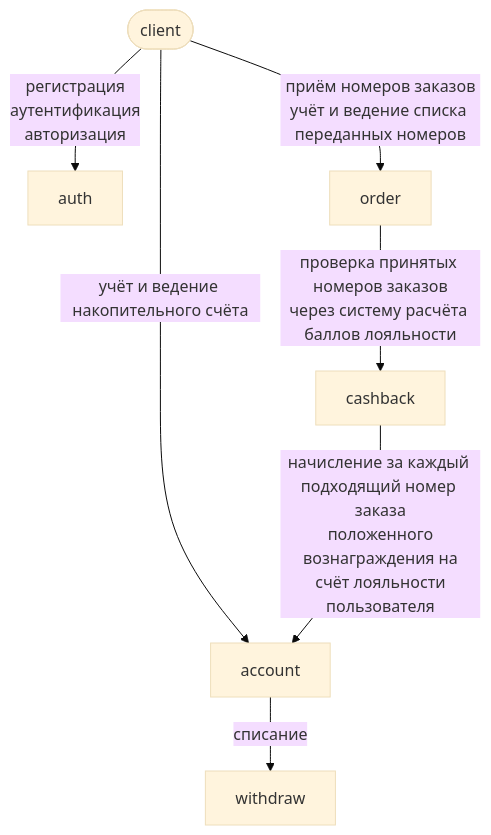
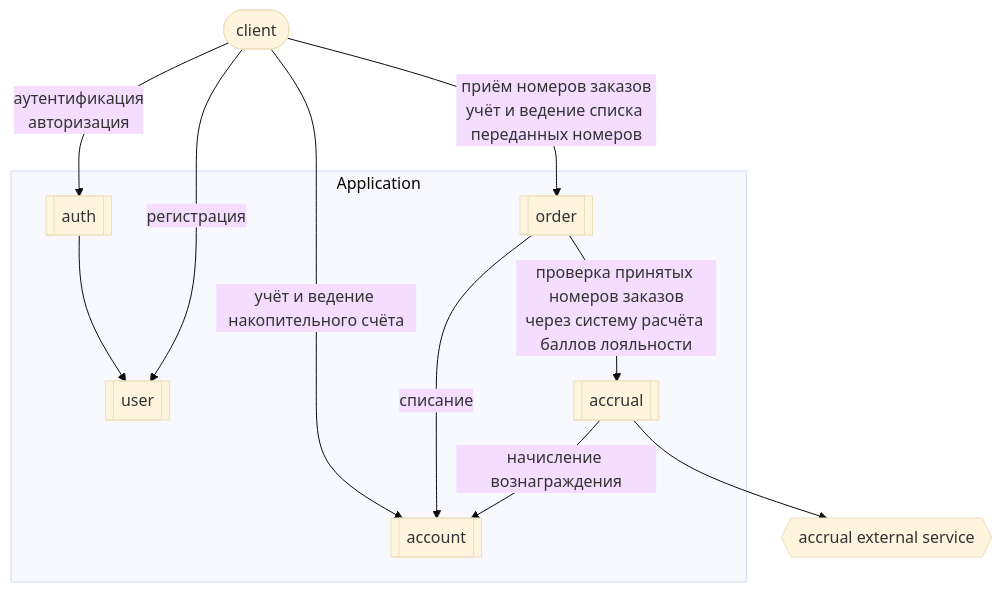
One commit to kosalnik/gmarket changed the second of 8 diagrams in README.md. Above: the diagram before and after it, drawn with Mermaid (base theme). The commit also changed other lines of this file, not shown here.

````diff
--- a/README.md
+++ b/README.md
@@ -60,10 +107,21 @@
 ```mermaid
-flowchart
+flowchart TD
     client([client])
-    client -- регистрация\nаутентификация\nавторизация --> auth 
-    client -- приём номеров заказов\nучёт и ведение списка переданных номеров --> order
-    client -- учёт и ведение накопительного счёта --> account
-    order -- проверка принятых номеров заказов\nчерез систему расчёта баллов лояльности --> cashback
-    cashback -- начисление за каждый подходящий номер заказа\n положенного вознаграждения на\n счёт лояльности пользователя --> account
-    account -- списание --> withdraw
+    accrualExternal{{accrual external service}}
+    subgraph Application
+       auth[[auth]]
+       user[[user]]
+       order[[order]]
+       account[[account]]
+       accrual[[accrual]]
+    end
+    client --аутентификация\nавторизация--> auth
+    auth --> user
+    client --регистрация--> user
+    client --приём номеров заказов\nучёт и ведение списка переданных номеров--> order
+    client --учёт и ведение накопительного счёта--> account
+    order --проверка принятых номеров заказов\nчерез систему расчёта баллов лояльности--> accrual
+    order --списание--> account
+    accrual --начисление вознаграждения--> account
+    accrual --> accrualExternal
 ```
````
